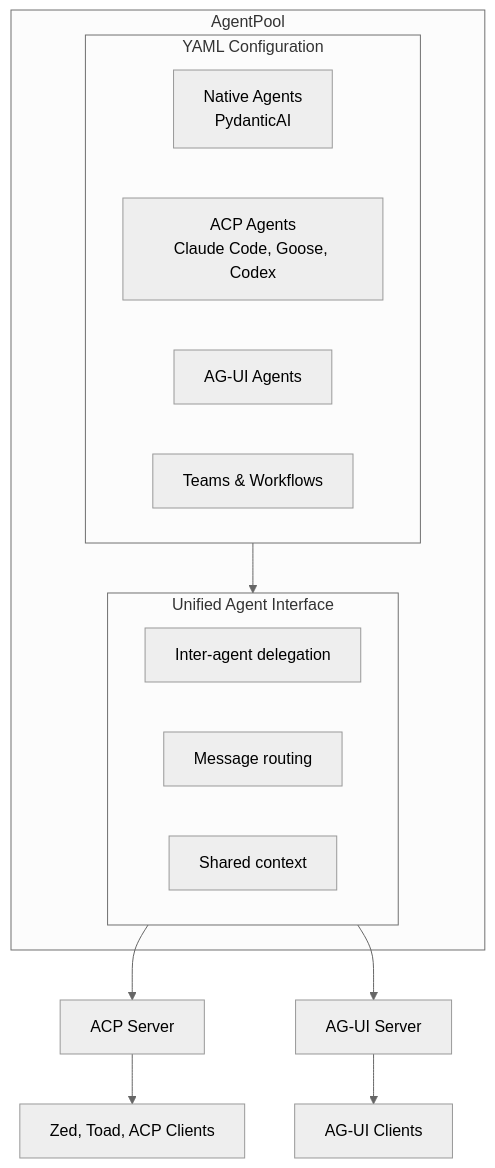
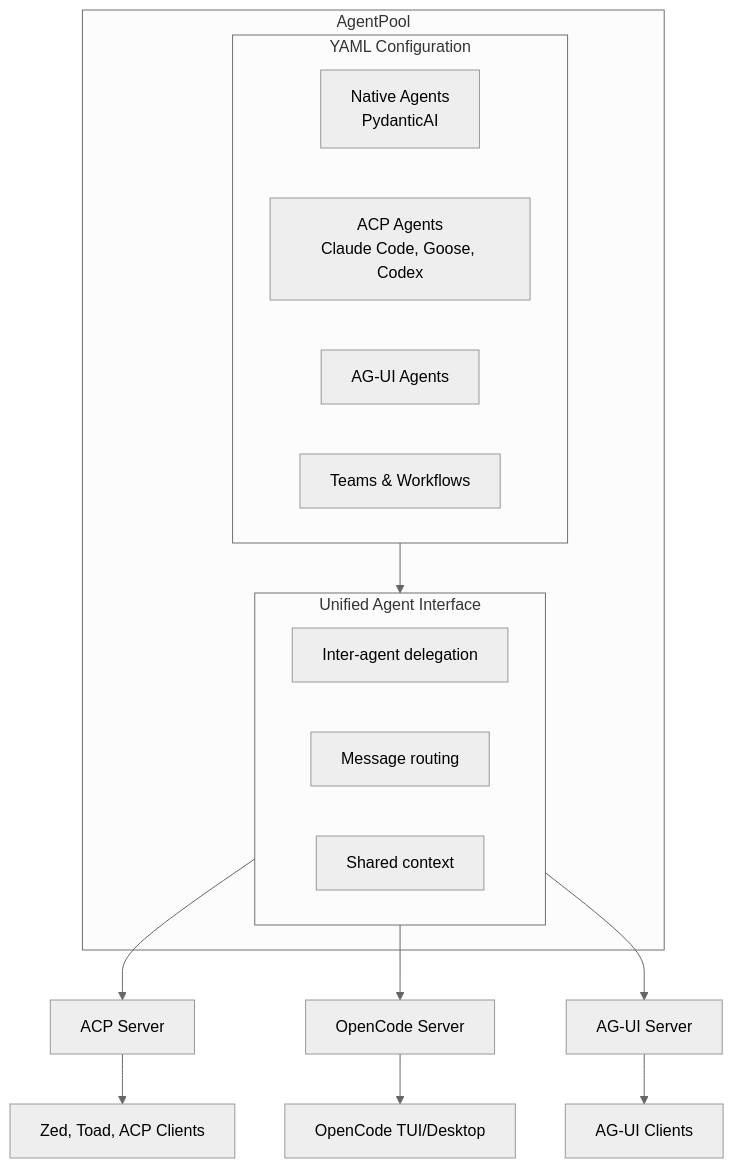
Before and after one commit to phil65/llmling-agent: the diagram in README.md, drawn with Mermaid (neutral theme). The commit also changed other lines of this file and 11 other files, not shown here.

````diff
--- a/README.md
+++ b/README.md
@@ -21,25 +21,27 @@
 ```mermaid
 flowchart TB
     subgraph AgentPool
         subgraph config[YAML Configuration]
             native[Native Agents<br/>PydanticAI]
             acp_agents[ACP Agents<br/>Claude Code, Goose, Codex]
             agui_agents[AG-UI Agents]
             workflows[Teams & Workflows]
         end
         
         subgraph interface[Unified Agent Interface]
             delegation[Inter-agent delegation]
             routing[Message routing]
             context[Shared context]
         end
         
         config --> interface
     end
     
     interface --> acp_server[ACP Server]
+    interface --> opencode_server[OpenCode Server]
     interface --> agui_server[AG-UI Server]
     
     acp_server --> clients1[Zed, Toad, ACP Clients]
-    agui_server --> clients2[AG-UI Clients]
+    opencode_server --> clients2[OpenCode TUI/Desktop]
+    agui_server --> clients3[AG-UI Clients]
 ```
````
